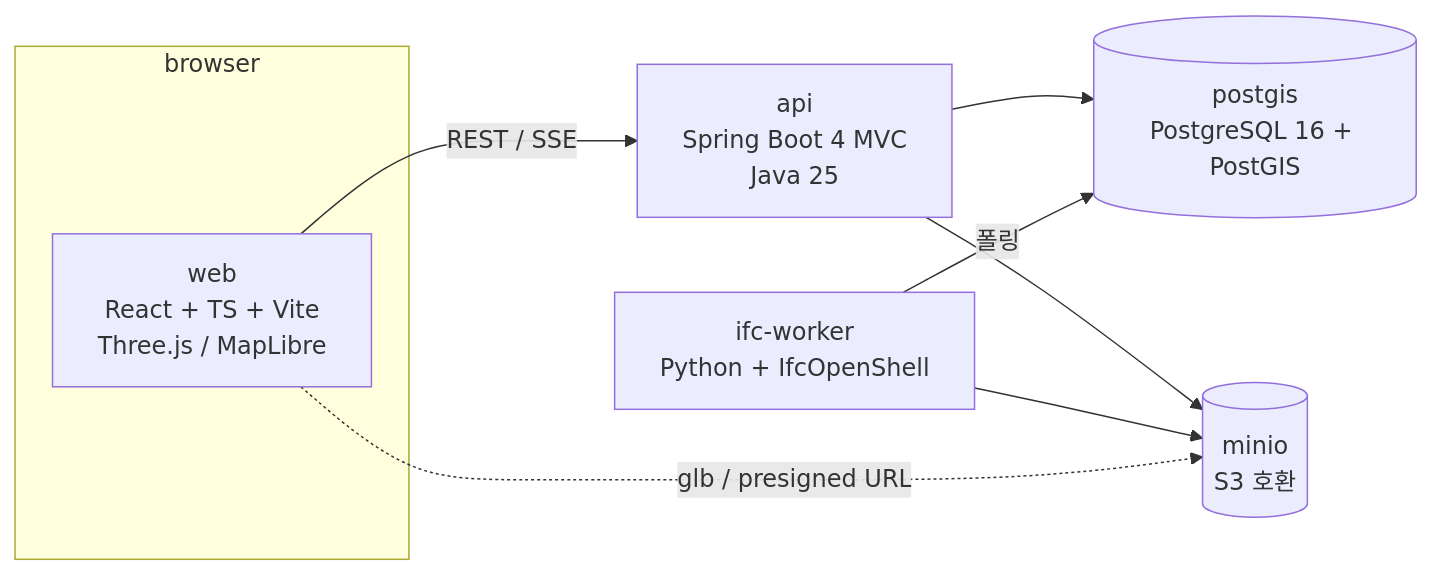
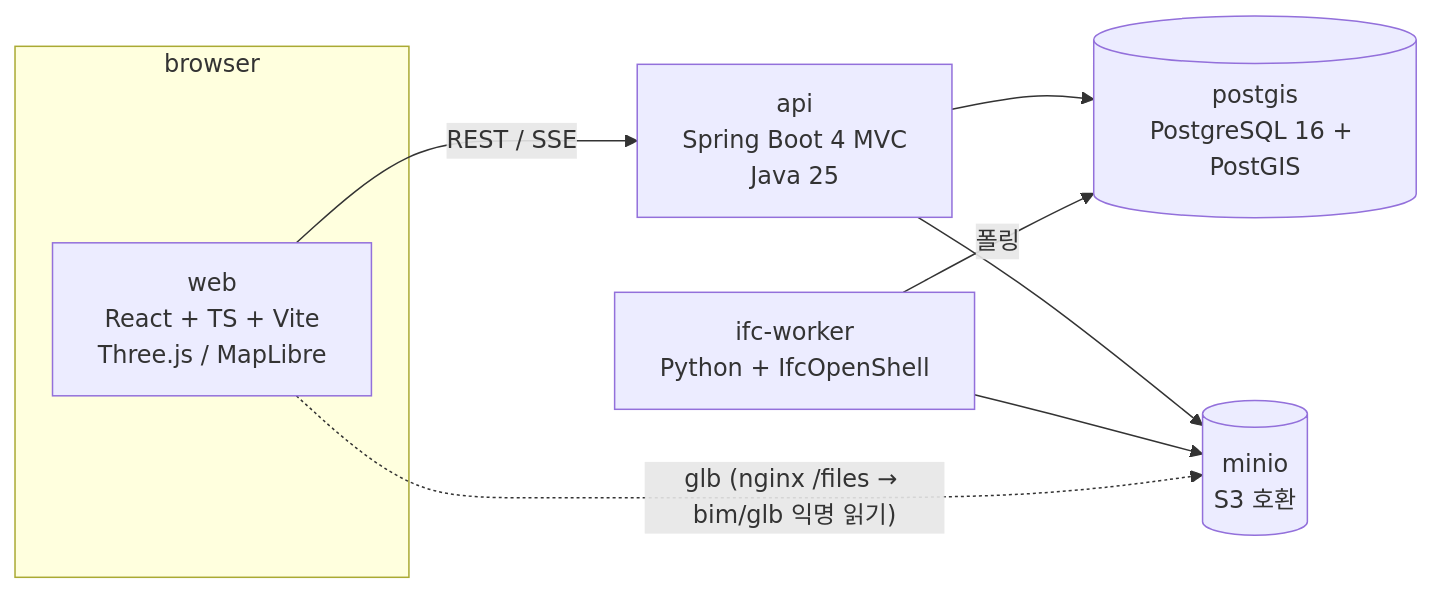
The first of 2 diagrams in docs/01-architecture.md (Gun-stack/bim-platform), drawn with Mermaid before and after one commit. The commit also changed other lines of this file and 3 other files, not shown here.

````diff
--- a/docs/01-architecture.md
+++ b/docs/01-architecture.md
@@ -5,12 +5,12 @@
 ```mermaid
 flowchart LR
   subgraph browser
     WEB[web<br/>React + TS + Vite<br/>Three.js / MapLibre]
   end
   WEB -- REST / SSE --> API[api<br/>Spring Boot 4 MVC<br/>Java 25]
   API --> PG[(postgis<br/>PostgreSQL 16 + PostGIS)]
   API --> S3[(minio<br/>S3 호환)]
   WORKER[ifc-worker<br/>Python + IfcOpenShell] -- 폴링 --> PG
   WORKER --> S3
-  WEB -. glb / presigned URL .-> S3
+  WEB -. glb (nginx /files → bim/glb 익명 읽기) .-> S3
 ```
````
